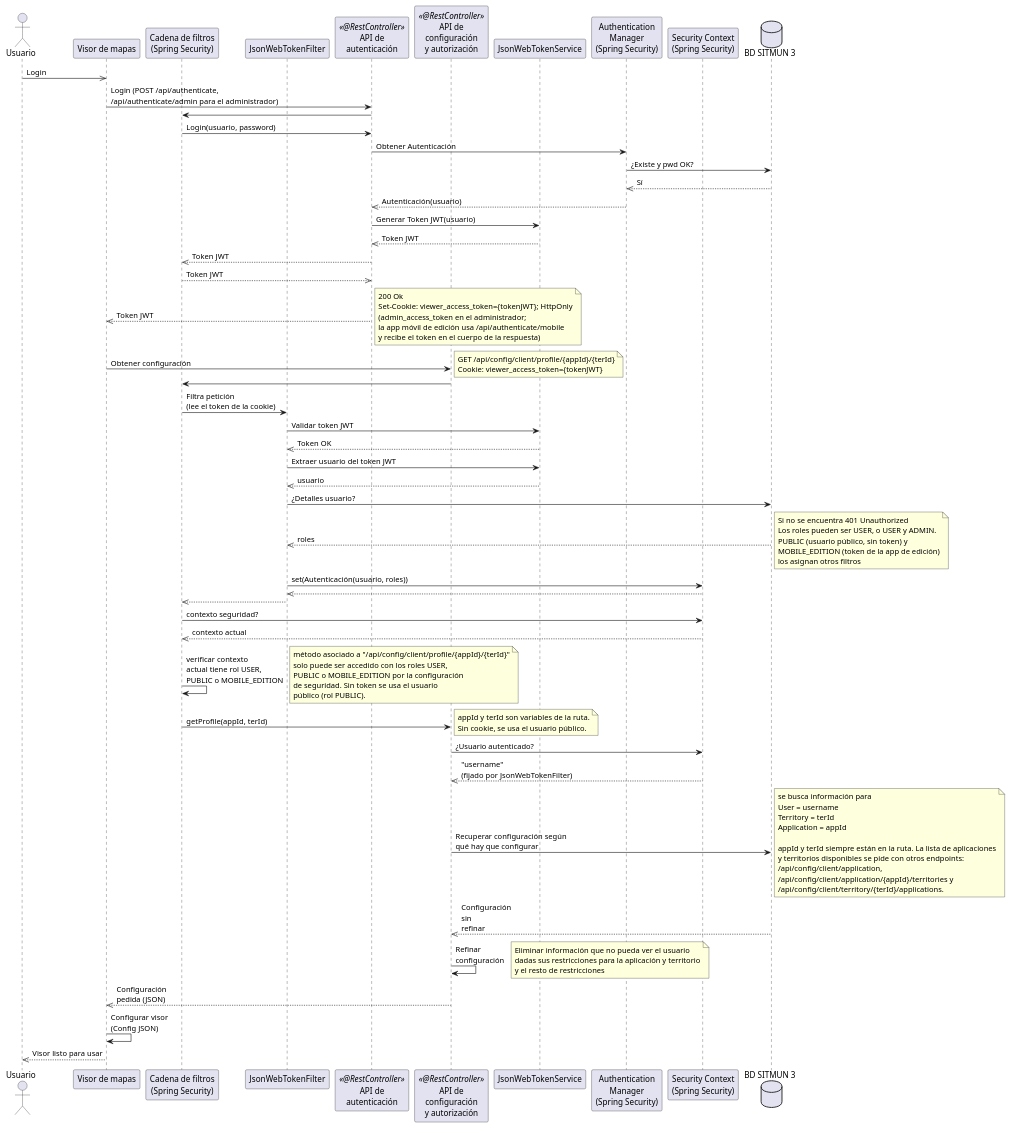
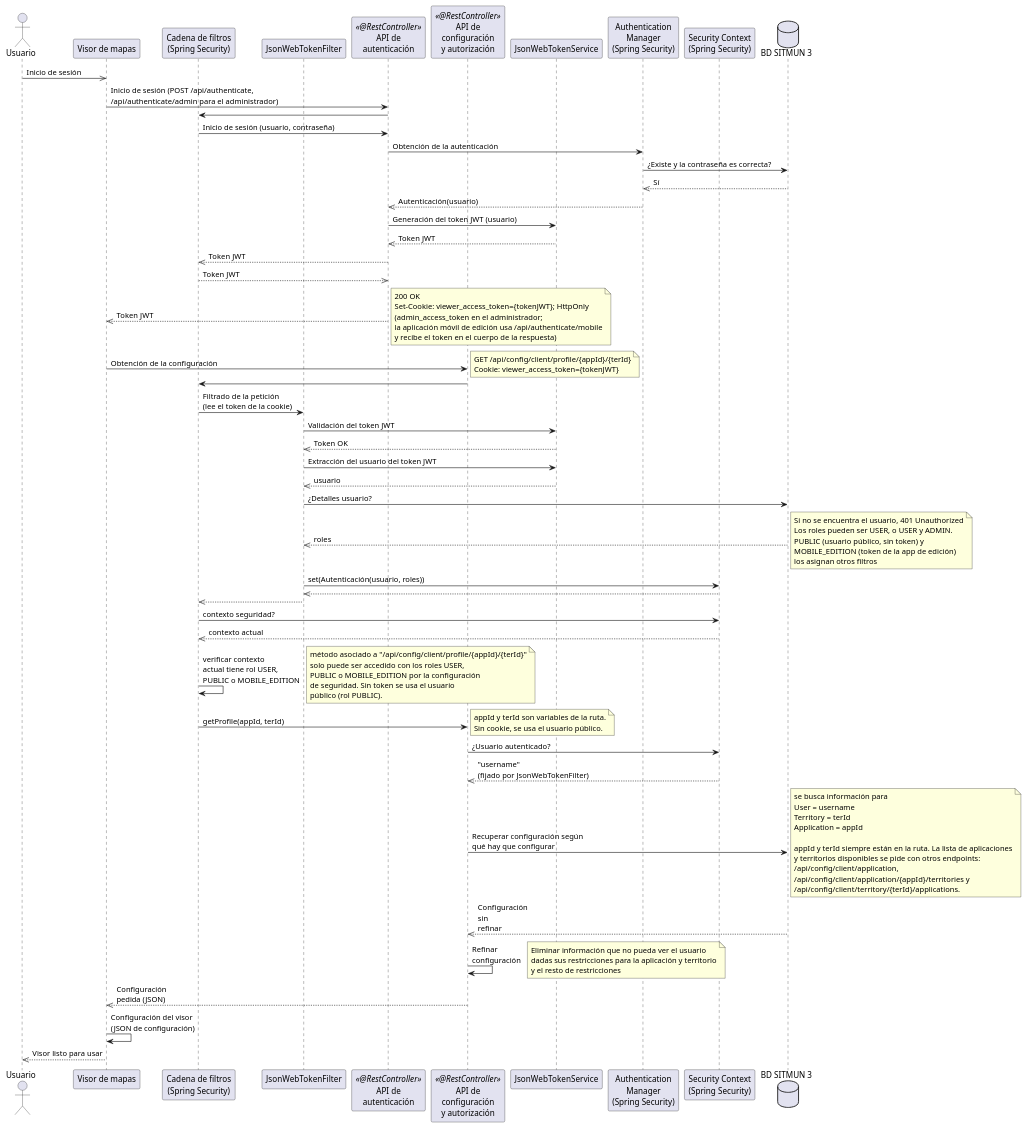
One commit to sitmun/sitmun.github.io changed the second of 6 diagrams in docs/que-es-sitmun/plataforma/arquitectura/index.md. Above: the diagram before and after it, drawn with PlantUML. The commit also changed other lines of this file and 36 other files, not shown here.

```diff
--- a/docs/que-es-sitmun/plataforma/arquitectura/index.md
+++ b/docs/que-es-sitmun/plataforma/arquitectura/index.md
@@ -352,42 +354,42 @@
 participant "Security Context\n(Spring Security)" as SecurityContext
 database "BD SITMUN 3" as Database
 
-Usuario ->> Client: Login
-Client -> AuthenticationAPI: Login (POST /api/authenticate,\n/api/authenticate/admin para el administrador)
+Usuario ->> Client: Inicio de sesión
+Client -> AuthenticationAPI: Inicio de sesión (POST /api/authenticate,\n/api/authenticate/admin para el administrador)
 AuthenticationAPI -> FilterChain
-FilterChain -> AuthenticationAPI: Login(usuario, password)
-AuthenticationAPI-> AuthenticationManager: Obtener Autenticación
-AuthenticationManager -> Database: ¿Existe y pwd OK?
+FilterChain -> AuthenticationAPI: Inicio de sesión (usuario, contraseña)
+AuthenticationAPI-> AuthenticationManager: Obtención de la autenticación
+AuthenticationManager -> Database: ¿Existe y la contraseña es correcta?
 Database-->> AuthenticationManager: Sí
 AuthenticationManager -->> AuthenticationAPI: Autenticación(usuario)
-AuthenticationAPI -> JsonWebTokenService: Generar Token JWT(usuario)
+AuthenticationAPI -> JsonWebTokenService: Generación del token JWT (usuario)
 JsonWebTokenService -->> AuthenticationAPI: Token JWT
 AuthenticationAPI -->> FilterChain: Token JWT
 FilterChain -->> AuthenticationAPI: Token JWT
 AuthenticationAPI -->> Client: Token JWT
 note right
-200 Ok
+200 OK
 Set-Cookie: viewer_access_token={tokenJWT}; HttpOnly
 (admin_access_token en el administrador;
-la app móvil de edición usa /api/authenticate/mobile
+la aplicación móvil de edición usa /api/authenticate/mobile
 y recibe el token en el cuerpo de la respuesta)
 end note
-Client -> ConfigurationAPI: Obtener configuración
+Client -> ConfigurationAPI: Obtención de la configuración
 note right
  GET /api/config/client/profile/{appId}/{terId}
  Cookie: viewer_access_token={tokenJWT}
 end note
 
 ConfigurationAPI -> FilterChain
-FilterChain -> JsonWebTokenFilter: Filtra petición\n(lee el token de la cookie)
-JsonWebTokenFilter -> JsonWebTokenService: Validar token JWT
+FilterChain -> JsonWebTokenFilter: Filtrado de la petición\n(lee el token de la cookie)
+JsonWebTokenFilter -> JsonWebTokenService: Validación del token JWT
 JsonWebTokenService -->> JsonWebTokenFilter: Token OK
-JsonWebTokenFilter -> JsonWebTokenService: Extraer usuario del token JWT
+JsonWebTokenFilter -> JsonWebTokenService: Extracción del usuario del token JWT
 JsonWebTokenService -->> JsonWebTokenFilter: usuario
 JsonWebTokenFilter-> Database: ¿Detalles usuario?
 Database -->> JsonWebTokenFilter: roles
 note right
-  Si no se encuentra 401 Unauthorized
+  Si no se encuentra el usuario, 401 Unauthorized
   Los roles pueden ser USER, o USER y ADMIN.
   PUBLIC (usuario público, sin token) y
   MOBILE_EDITION (token de la app de edición)
@@ -434,7 +436,7 @@
   y el resto de restricciones
 end note
 ConfigurationAPI -->> Client: Configuración\npedida (JSON)
-Client -> Client: Configurar visor\n(Config JSON)
+Client -> Client: Configuración del visor\n(JSON de configuración)
 Client -->> Usuario: Visor listo para usar
 
 @enduml
```
